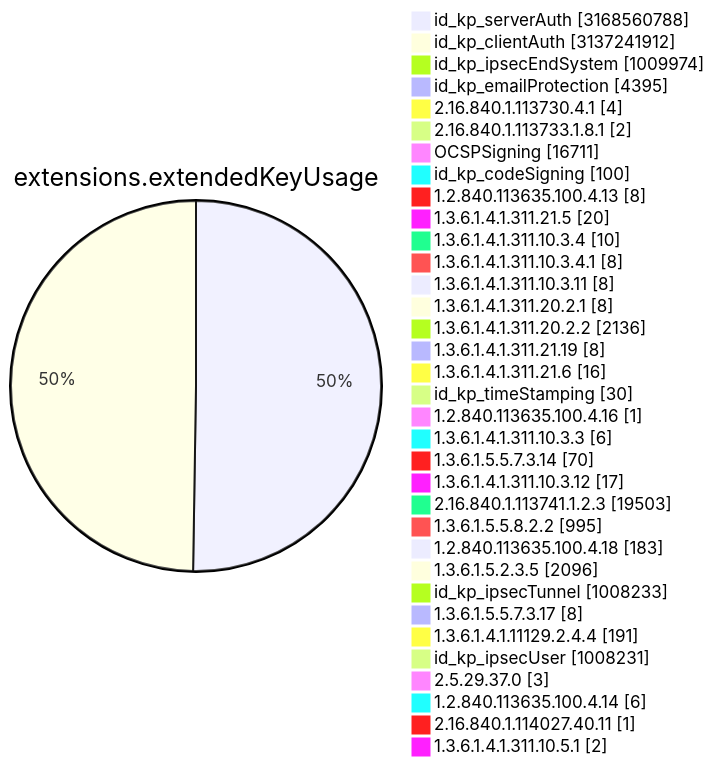
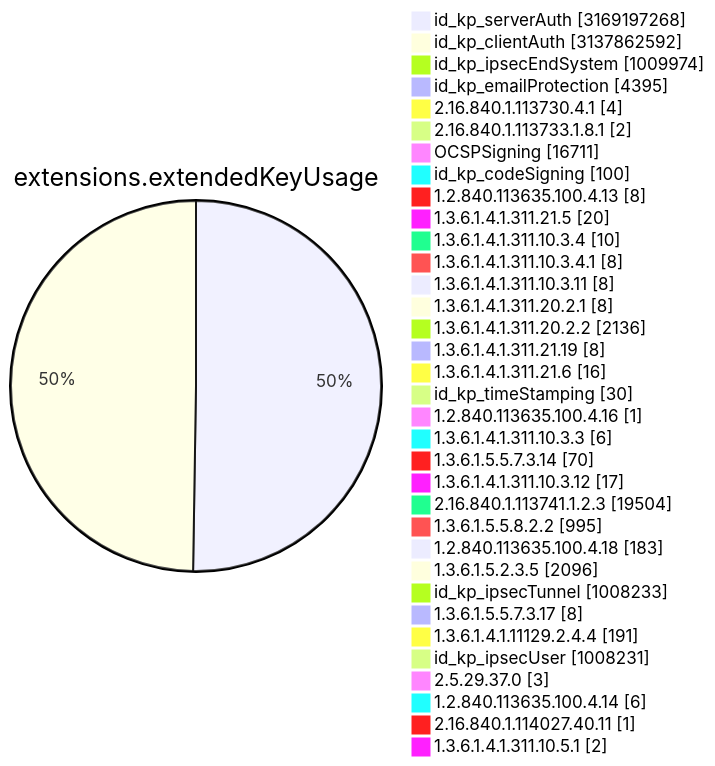
Diagram 11 of 15 in TOTAL/README.md (christiankrug/ctmonitor_visualization), drawn with Mermaid before and after one commit. The commit also changed other lines of this file, not shown here.

````diff
--- a/TOTAL/README.md
+++ b/TOTAL/README.md
@@ -4119,38 +4119,38 @@
 ```mermaid
 pie showData
 title extensions.extendedKeyUsage
-"id_kp_serverAuth" :3168560788
-"id_kp_clientAuth" :3137241912
+"id_kp_serverAuth" :3169197268
+"id_kp_clientAuth" :3137862592
 "id_kp_ipsecEndSystem" :1009974
 "id_kp_emailProtection" :4395
 "2.16.840.1.113730.4.1" :4
 "2.16.840.1.113733.1.8.1" :2
 "OCSPSigning" :16711
 "id_kp_codeSigning" :100
 "1.2.840.113635.100.4.13" :8
 "1.3.6.1.4.1.311.21.5" :20
 "1.3.6.1.4.1.311.10.3.4" :10
 "1.3.6.1.4.1.311.10.3.4.1" :8
 "1.3.6.1.4.1.311.10.3.11" :8
 "1.3.6.1.4.1.311.20.2.1" :8
 "1.3.6.1.4.1.311.20.2.2" :2136
 "1.3.6.1.4.1.311.21.19" :8
 "1.3.6.1.4.1.311.21.6" :16
 "id_kp_timeStamping" :30
 "1.2.840.113635.100.4.16" :1
 "1.3.6.1.4.1.311.10.3.3" :6
 "1.3.6.1.5.5.7.3.14" :70
 "1.3.6.1.4.1.311.10.3.12" :17
-"2.16.840.1.113741.1.2.3" :19503
+"2.16.840.1.113741.1.2.3" :19504
 "1.3.6.1.5.5.8.2.2" :995
 "1.2.840.113635.100.4.18" :183
 "1.3.6.1.5.2.3.5" :2096
 "id_kp_ipsecTunnel" :1008233
 "1.3.6.1.5.5.7.3.17" :8
 "1.3.6.1.4.1.11129.2.4.4" :191
 "id_kp_ipsecUser" :1008231
 "2.5.29.37.0" :3
 "1.2.840.113635.100.4.14" :6
 "2.16.840.1.114027.40.11" :1
 "1.3.6.1.4.1.311.10.5.1" :2
 ```
````
